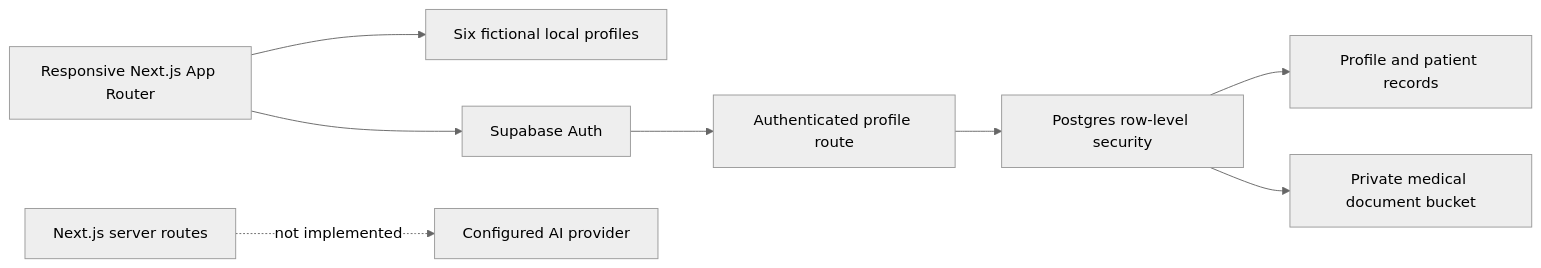
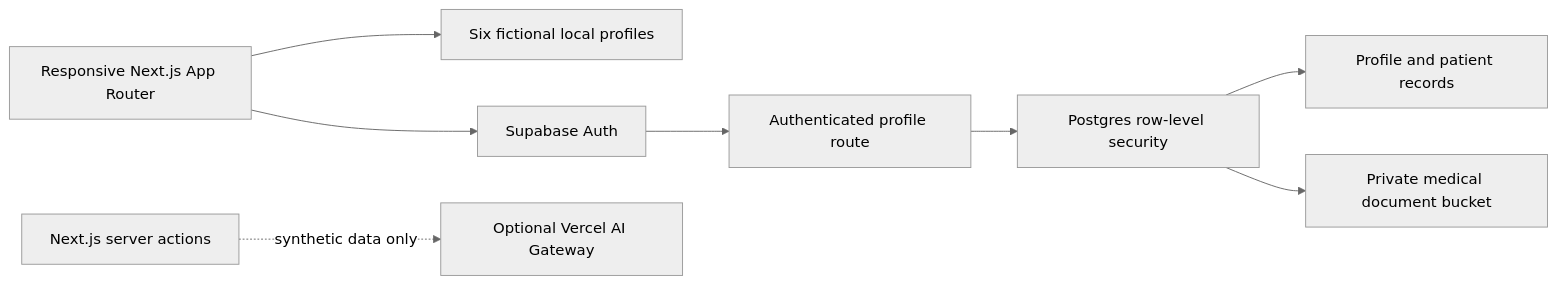
Before and after one commit to Arya99908/medvita-healthcare-platform: the diagram in docs/architecture.md, drawn with Mermaid (neutral theme). The commit also changed other lines of this file and 9 other files, not shown here.

````diff
--- a/docs/architecture.md
+++ b/docs/architecture.md
@@ -5,10 +5,10 @@
 ```mermaid
 flowchart LR
   Browser[Responsive Next.js App Router] --> Demo[Six fictional local profiles]
   Browser --> Auth[Supabase Auth]
   Auth --> Account[Authenticated profile route]
   Account --> RLS[Postgres row-level security]
   RLS --> Records[Profile and patient records]
   RLS --> Storage[Private medical document bucket]
-  Server[Next.js server routes] -. not implemented .-> AI[Configured AI provider]
+  Server[Next.js server actions] -. synthetic data only .-> AI[Optional Vercel AI Gateway]
 ```
````
